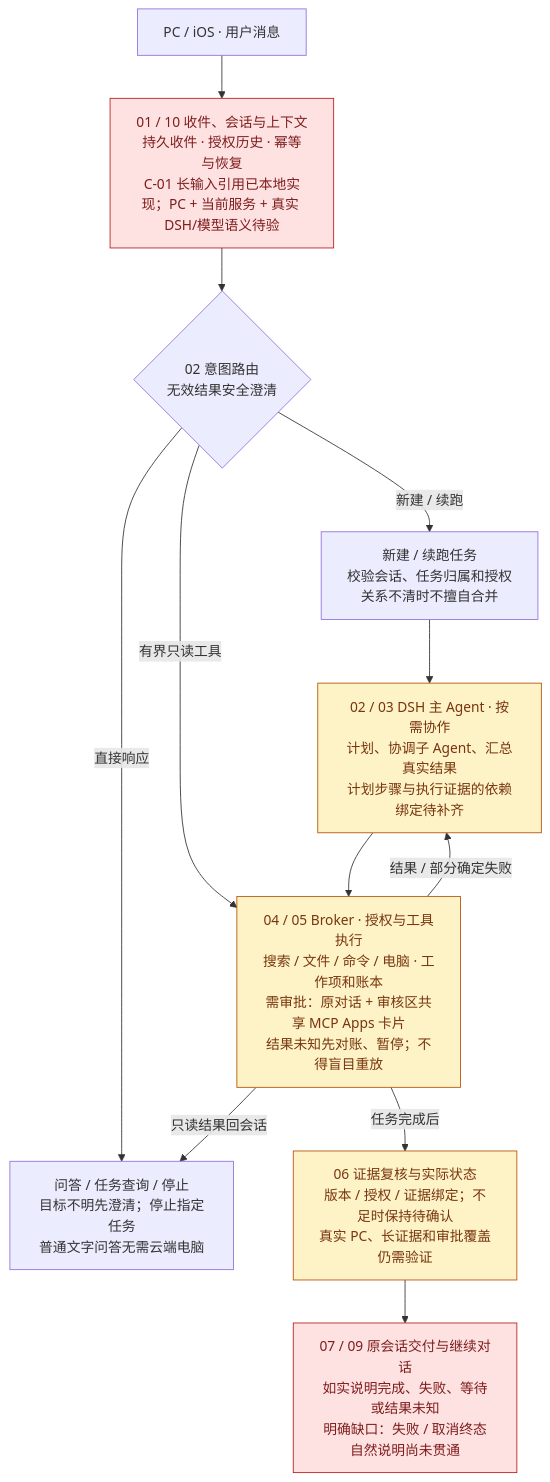
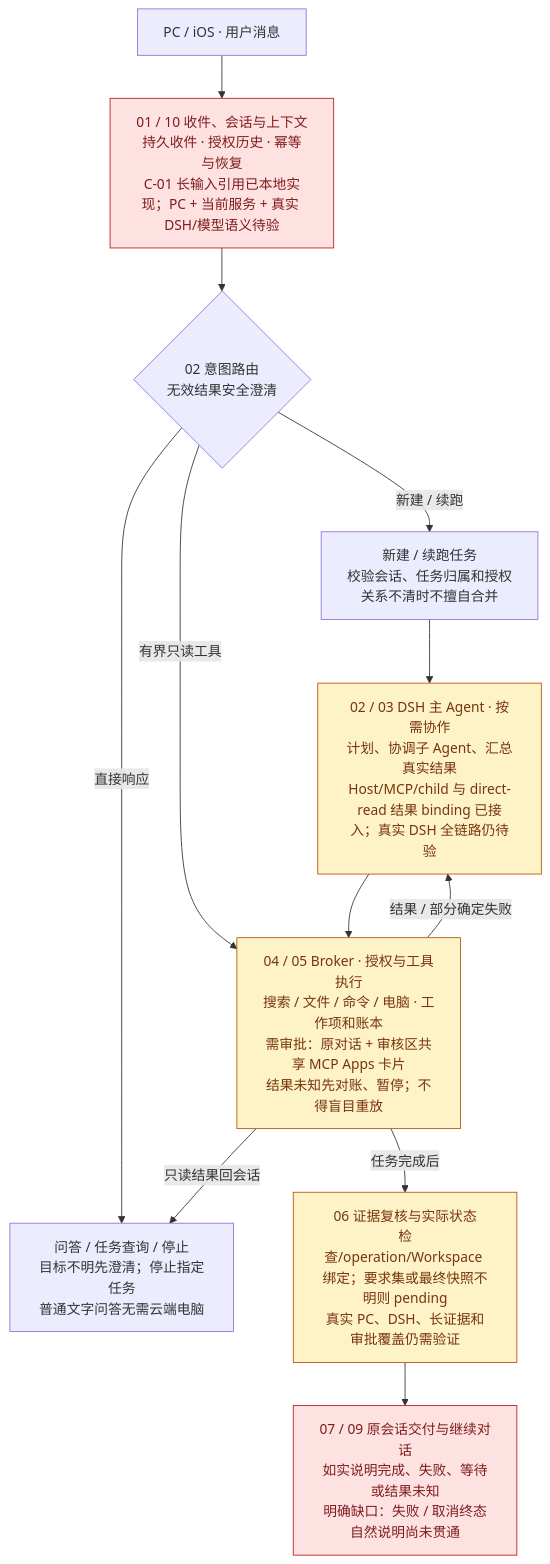
Before and after one commit to lizhongxuan/morde: the first of 4 diagrams in docs/muse_docs/muse_steps/Morde 复刻 Muse 最终流程与开发设计.md, drawn with Mermaid. The commit also changed other lines of this file and 45 other files, not shown here.

````diff
--- a/docs/muse_docs/muse_steps/Morde 复刻 Muse 最终流程与开发设计.md
+++ b/docs/muse_docs/muse_steps/Morde 复刻 Muse 最终流程与开发设计.md
@@ -65,18 +65,18 @@
 ```mermaid
 flowchart TD
     P["PC / iOS · 用户消息"] --> A["01 / 10 收件、会话与上下文<br/>持久收件 · 授权历史 · 幂等与恢复<br/>C-01 长输入引用已本地实现；PC + 当前服务 + 真实 DSH/模型语义待验"]
     A --> R{"02 意图路由<br/>无效结果安全澄清"}
     R -->|直接响应| Q["问答 / 任务查询 / 停止<br/>目标不明先澄清；停止指定任务<br/>普通文字问答无需云端电脑"]
     R -->|新建 / 续跑| T["新建 / 续跑任务<br/>校验会话、任务归属和授权<br/>关系不清时不擅自合并"]
-    T --> D["02 / 03 DSH 主 Agent · 按需协作<br/>计划、协调子 Agent、汇总真实结果<br/>计划步骤与执行证据的依赖绑定待补齐"]
+    T --> D["02 / 03 DSH 主 Agent · 按需协作<br/>计划、协调子 Agent、汇总真实结果<br/>Host/MCP/child 与 direct-read 结果 binding 已接入；真实 DSH 全链路仍待验"]
     R -->|有界只读工具| B
     D --> B["04 / 05 Broker · 授权与工具执行<br/>搜索 / 文件 / 命令 / 电脑 · 工作项和账本<br/>需审批：原对话 + 审核区共享 MCP Apps 卡片<br/>结果未知先对账、暂停；不得盲目重放"]
     B -->|结果 / 部分确定失败| D
     B -->|只读结果回会话| Q
-    B -->|任务完成后| V["06 证据复核与实际状态<br/>版本 / 授权 / 证据绑定；不足时保持待确认<br/>真实 PC、长证据和审批覆盖仍需验证"]
+    B -->|任务完成后| V["06 证据复核与实际状态<br/>检查/operation/Workspace 绑定；要求集或最终快照不明则 pending<br/>真实 PC、DSH、长证据和审批覆盖仍需验证"]
     V --> O["07 / 09 原会话交付与继续对话<br/>如实说明完成、失败、等待或结果未知<br/>明确缺口：失败 / 取消终态自然说明尚未贯通"]
     classDef gap fill:#fee2e2,stroke:#b91c1c,color:#7f1d1d;
     classDef pending fill:#fef3c7,stroke:#b45309,color:#78350f;
     class A,O gap;
     class D,B,V pending;
 ```
````
